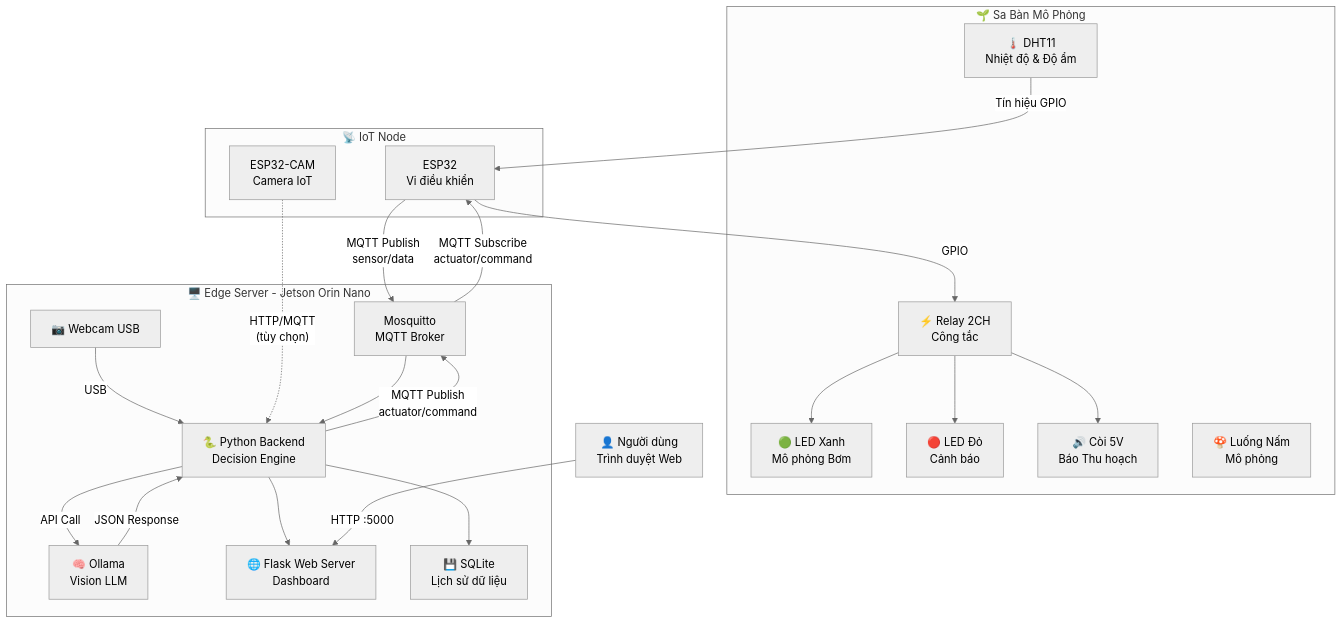
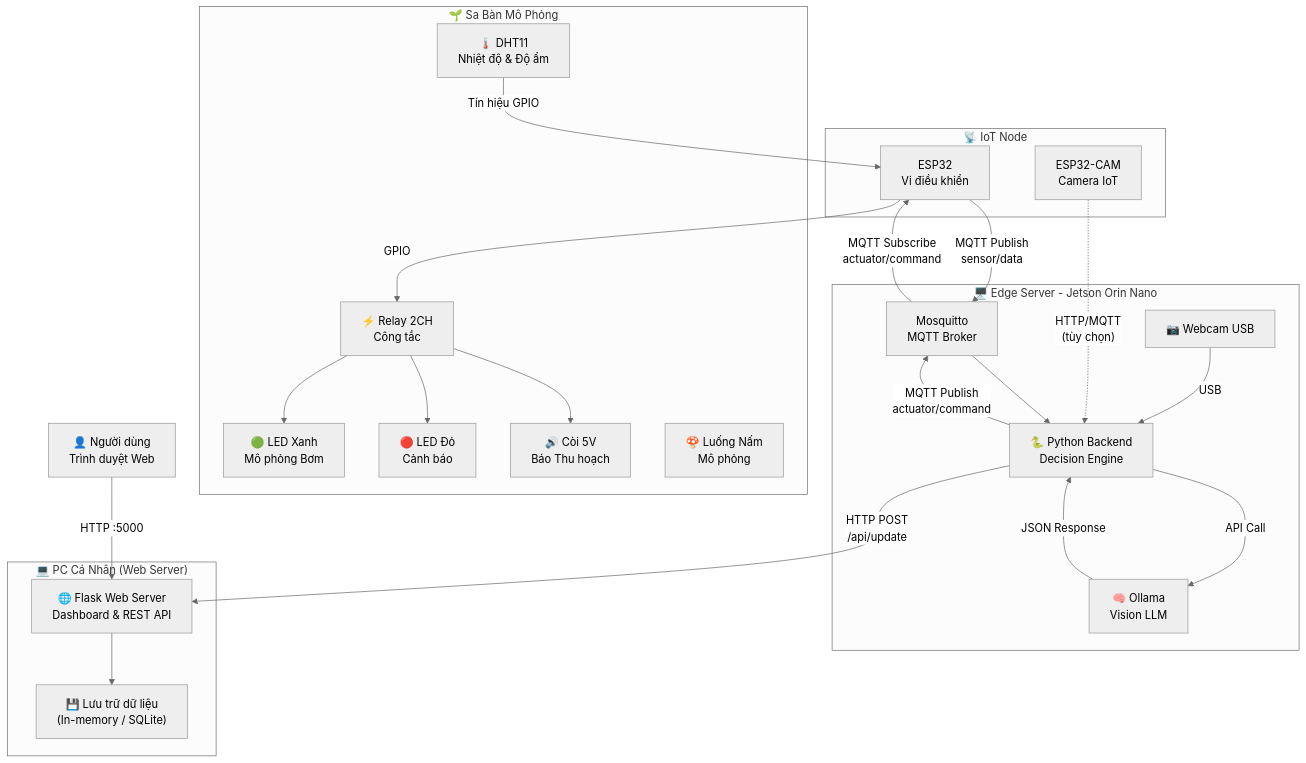
Before and after one commit to giahung25/IoT_project: the first of 5 diagrams in 03_mo_ta_du_an.md, drawn with Mermaid (neutral theme). The commit also changed other lines of this file and 18 other files, not shown here.

````diff
--- a/03_mo_ta_du_an.md
+++ b/03_mo_ta_du_an.md
@@ -37,47 +37,51 @@
 ```mermaid
 graph TB
     subgraph SA_BAN["🌱 Sa Bàn Mô Phỏng"]
         DHT11["🌡️ DHT11<br/>Nhiệt độ & Độ ẩm"]
         LED_G["🟢 LED Xanh<br/>Mô phỏng Bơm"]
         LED_R["🔴 LED Đỏ<br/>Cảnh báo"]
         BUZZER["🔊 Còi 5V<br/>Báo Thu hoạch"]
         RELAY["⚡ Relay 2CH<br/>Công tắc"]
         MUSHROOM["🍄 Luống Nấm<br/>Mô phỏng"]
     end
 
     subgraph IOT_NODE["📡 IoT Node"]
         ESP32["ESP32<br/>Vi điều khiển"]
         ESP32CAM["ESP32-CAM<br/>Camera IoT"]
     end
 
     subgraph EDGE_SERVER["🖥️ Edge Server - Jetson Orin Nano"]
         MQTT["Mosquitto<br/>MQTT Broker"]
         WEBCAM["📷 Webcam USB"]
         OLLAMA["🧠 Ollama<br/>Vision LLM"]
         BACKEND["🐍 Python Backend<br/>Decision Engine"]
-        DASHBOARD["🌐 Flask Web Server<br/>Dashboard"]
-        DB["💾 SQLite<br/>Lịch sử dữ liệu"]
+    end
+
+    subgraph PC_SERVER["💻 PC Cá Nhân (Web Server)"]
+        DASHBOARD["🌐 Flask Web Server<br/>Dashboard & REST API"]
+        DB["💾 Lưu trữ dữ liệu<br/>(In-memory / SQLite)"]
     end
 
     USER["👤 Người dùng<br/>Trình duyệt Web"]
 
     DHT11 -->|Tín hiệu GPIO| ESP32
     ESP32 -->|"MQTT Publish<br/>sensor/data"| MQTT
     MQTT -->|"MQTT Subscribe<br/>actuator/command"| ESP32
     ESP32 -->|GPIO| RELAY
     RELAY --> LED_G
     RELAY --> LED_R
     RELAY --> BUZZER
 
     WEBCAM -->|USB| BACKEND
     ESP32CAM -.->|"HTTP/MQTT<br/>(tùy chọn)"| BACKEND
 
     MQTT --> BACKEND
     BACKEND -->|API Call| OLLAMA
-    BACKEND --> DB
-    BACKEND --> DASHBOARD
     BACKEND -->|"MQTT Publish<br/>actuator/command"| MQTT
     OLLAMA -->|JSON Response| BACKEND
 
+    BACKEND -->|"HTTP POST<br/>/api/update"| DASHBOARD
+    DASHBOARD --> DB
+
     USER -->|"HTTP :5000"| DASHBOARD
 ```
````
